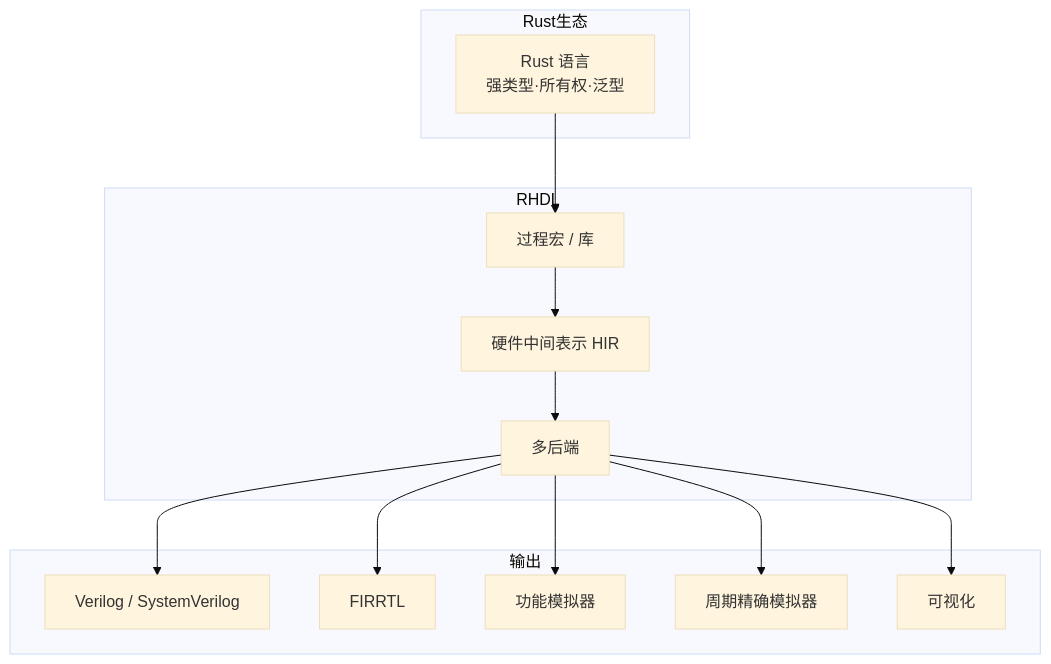
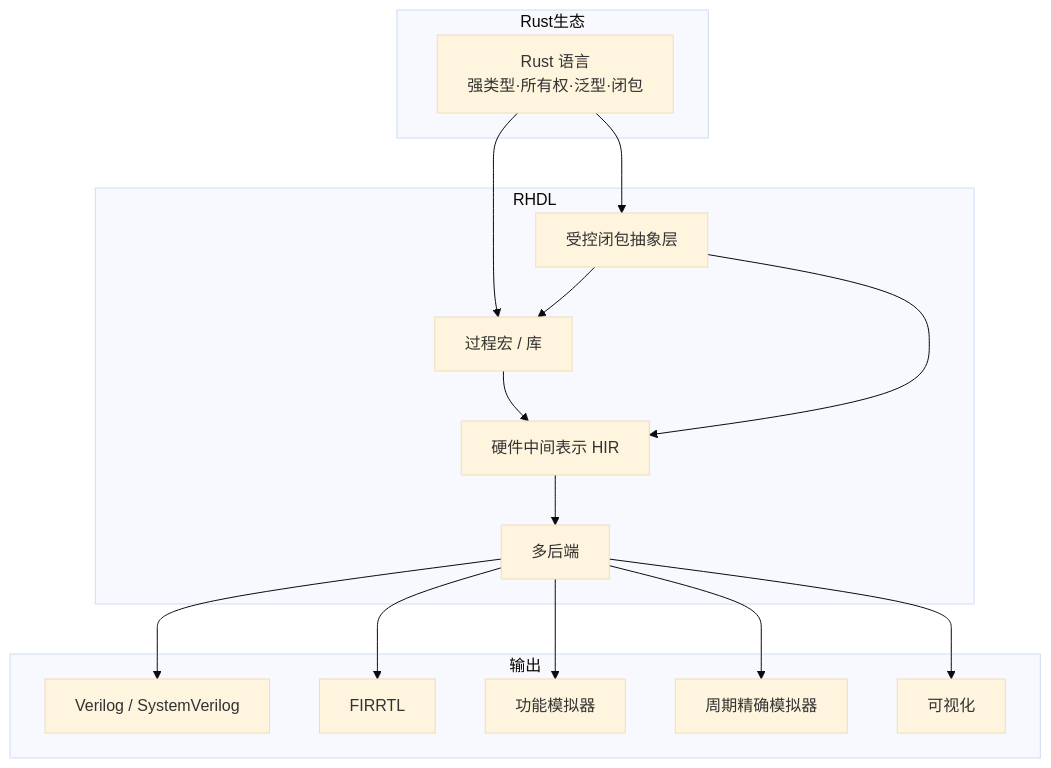
One commit to TangCan/bitloom changed the first of 10 diagrams in docs/requirements/1. 项目概述.md. Above: the diagram before and after it, drawn with Mermaid (base theme). The commit also changed other lines of this file, not shown here.

````diff
--- a/docs/requirements/1. 项目概述.md
+++ b/docs/requirements/1. 项目概述.md
@@ -11,28 +9,30 @@
 ```mermaid
 flowchart TB
     subgraph Rust生态
-        A[Rust 语言<br>强类型·所有权·泛型]
+        A[Rust 语言<br>强类型·所有权·泛型·闭包]
     end
 
     subgraph RHDL
         B[过程宏 / 库]
         C[硬件中间表示 HIR]
         D[多后端]
+        E[受控闭包抽象层]
     end
 
     subgraph 输出
-        E[Verilog / SystemVerilog]
-        F[FIRRTL]
-        G[功能模拟器]
-        H[周期精确模拟器]
-        I[可视化]
+        F[Verilog / SystemVerilog]
+        G[FIRRTL]
+        H[功能模拟器]
+        I[周期精确模拟器]
+        J[可视化]
     end
 
     A --> B --> C --> D
-    D --> E
+    A --> E --> B
+    E --> C
     D --> F
     D --> G
     D --> H
     D --> I
-
+    D --> J
 ```
````
